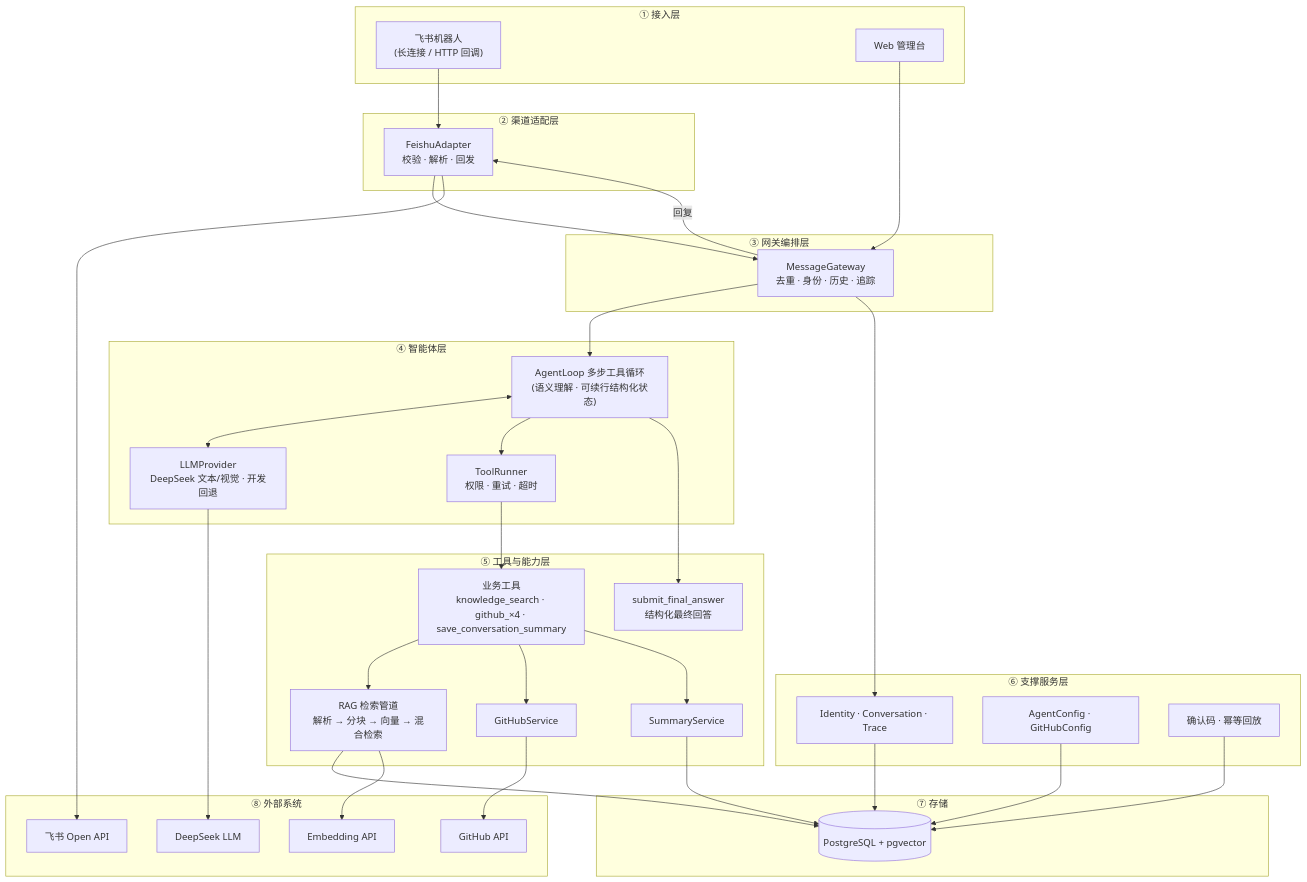
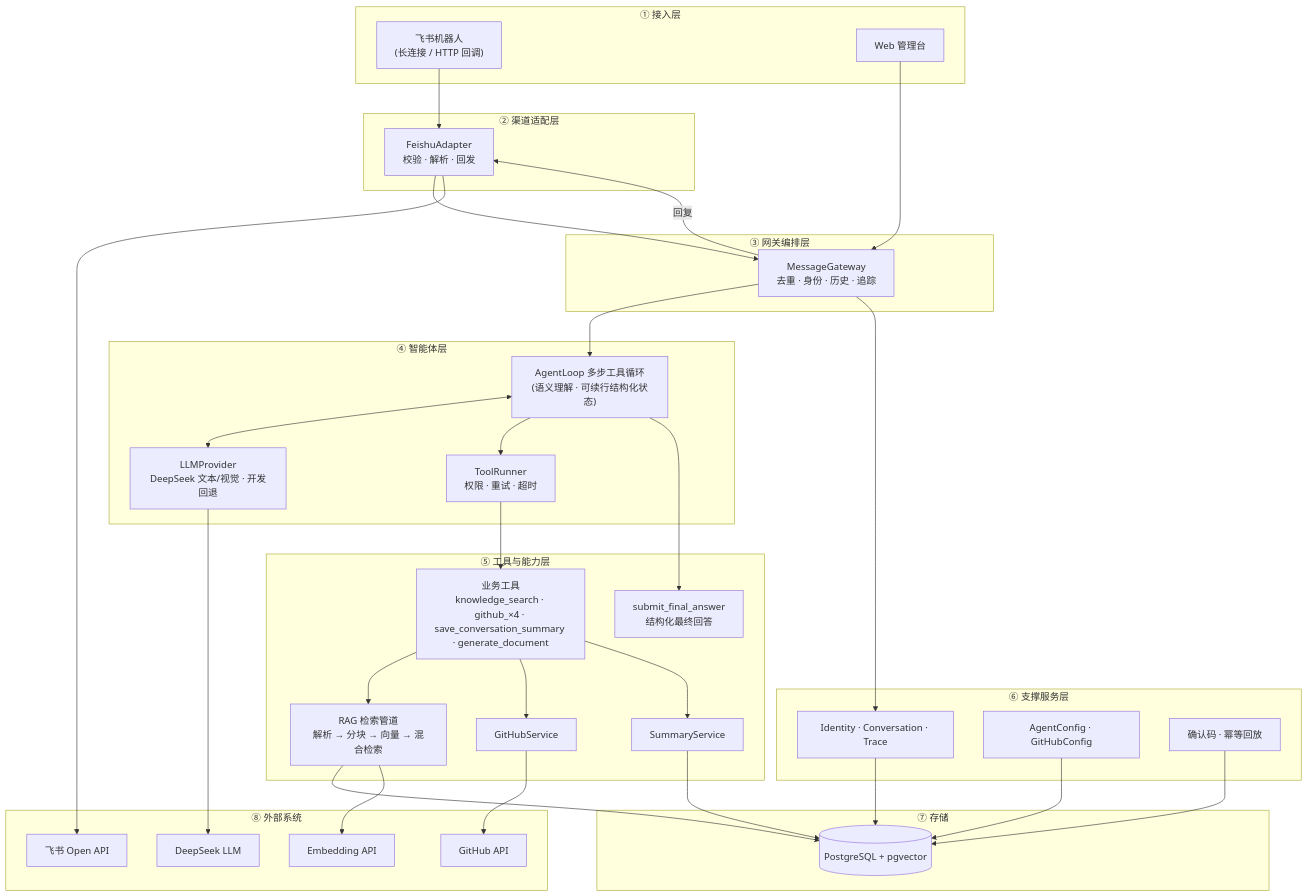
The first of 2 diagrams in docs/architecture.md (Lyz-code00/FlowAgent), drawn with Mermaid before and after one commit. The commit also changed other lines of this file and 16 other files, not shown here.

````diff
--- a/docs/architecture.md
+++ b/docs/architecture.md
@@ -7,63 +7,63 @@
 ```mermaid
 flowchart TB
     subgraph 接入层["① 接入层"]
         FEISHU["飞书机器人<br/>(长连接 / HTTP 回调)"]
         WEB["Web 管理台"]
     end
 
     subgraph 渠道层["② 渠道适配层"]
         ADAPTER["FeishuAdapter<br/>校验 · 解析 · 回发"]
     end
 
     subgraph 编排层["③ 网关编排层"]
         GW["MessageGateway<br/>去重 · 身份 · 历史 · 追踪"]
     end
 
     subgraph 智能体层["④ 智能体层"]
         LOOP["AgentLoop 多步工具循环<br/>(语义理解 · 可续行结构化状态)"]
         PROV["LLMProvider<br/>DeepSeek 文本/视觉 · 开发回退"]
         RUNNER["ToolRunner<br/>权限 · 重试 · 超时"]
     end
 
     subgraph 能力层["⑤ 工具与能力层"]
-        TOOLS["业务工具<br/>knowledge_search · github_×4 · save_conversation_summary"]
+        TOOLS["业务工具<br/>knowledge_search · github_×4 · save_conversation_summary · generate_document"]
         FINAL["submit_final_answer<br/>结构化最终回答"]
         RAG["RAG 检索管道<br/>解析 → 分块 → 向量 → 混合检索"]
         GHS["GitHubService"]
         SUMS["SummaryService"]
     end
 
     subgraph 支撑层["⑥ 支撑服务层"]
         IDENT["Identity · Conversation · Trace"]
         CFG["AgentConfig · GitHubConfig"]
         SAFE["确认码 · 幂等回放"]
     end
 
     subgraph 存储["⑦ 存储"]
         DB[("PostgreSQL + pgvector")]
     end
 
     subgraph 外部["⑧ 外部系统"]
         LLM["DeepSeek LLM"]
         EMB["Embedding API"]
         GH["GitHub API"]
         FO["飞书 Open API"]
     end
 
     FEISHU --> ADAPTER --> GW
     WEB --> GW
     GW --> LOOP
     LOOP <--> PROV --> LLM
     LOOP --> RUNNER --> TOOLS
     TOOLS --> RAG
     TOOLS --> GHS --> GH
     TOOLS --> SUMS
     LOOP --> FINAL
     GW -->|"回复"| ADAPTER --> FO
     GW --> IDENT --> DB
     CFG --> DB
     SAFE --> DB
     RAG --> DB
     SUMS --> DB
     RAG --> EMB
 ```
````
